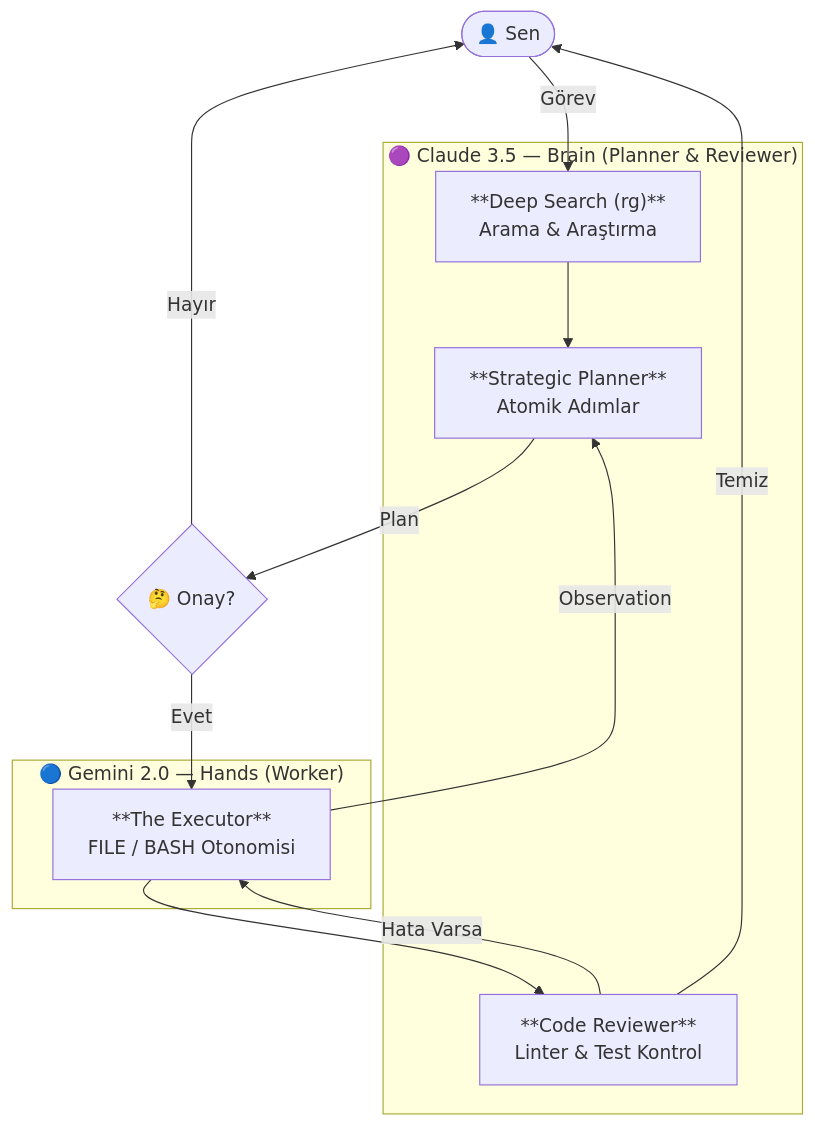
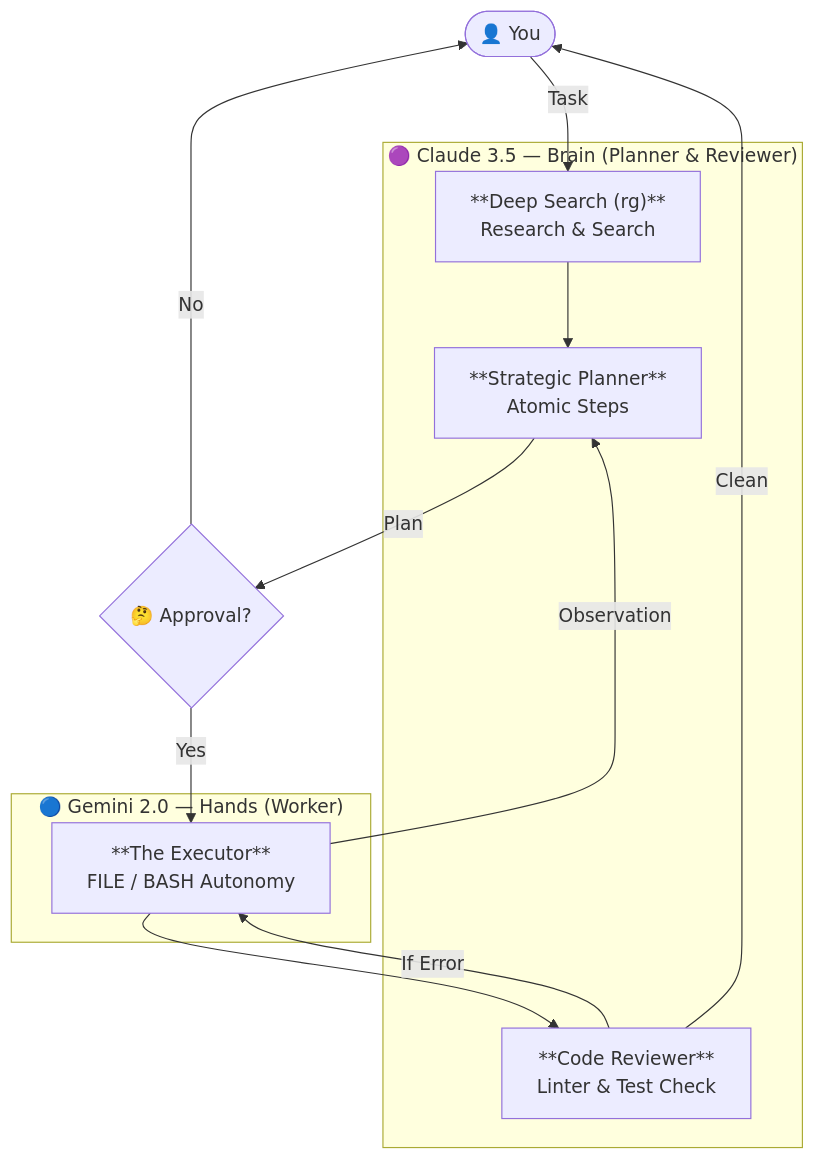
The diagram in README.md (Mustafkgl/myAgent), drawn with Mermaid before and after one commit. The commit also changed other lines of this file and 13 other files, not shown here.

````diff
--- a/README.md
+++ b/README.md
@@ -71,28 +71,28 @@
 ```mermaid
 flowchart TD
-    User(["👤 Sen"])
+    User(["👤 You"])
 
     subgraph claude ["🟣 Claude 3.5 — Brain (Planner & Reviewer)"]
         Search["**Deep Search (rg)**
-Arama & Araştırma"]
+Research & Search"]
         Planner["**Strategic Planner**
-Atomik Adımlar"]
+Atomic Steps"]
         Reviewer["**Code Reviewer**
-Linter & Test Kontrol"]
+Linter & Test Check"]
     end
 
     subgraph gemini ["🔵 Gemini 2.0 — Hands (Worker)"]
         Worker["**The Executor**
-FILE / BASH Otonomisi"]
+FILE / BASH Autonomy"]
     end
 
-    User -->|Görev| Search
+    User -->|Task| Search
     Search --> Planner
-    Planner -->|Plan| Approval{🤔 Onay?}
-    Approval -->|Evet| Worker
-    Approval -->|Hayır| User
+    Planner -->|Plan| Approval{🤔 Approval?}
+    Approval -->|Yes| Worker
+    Approval -->|No| User
     Worker -->|Observation| Planner
     Worker --> Reviewer
-    Reviewer -->|Hata Varsa| Worker
-    Reviewer -->|Temiz| User
+    Reviewer -->|If Error| Worker
+    Reviewer -->|Clean| User
 ```
````
